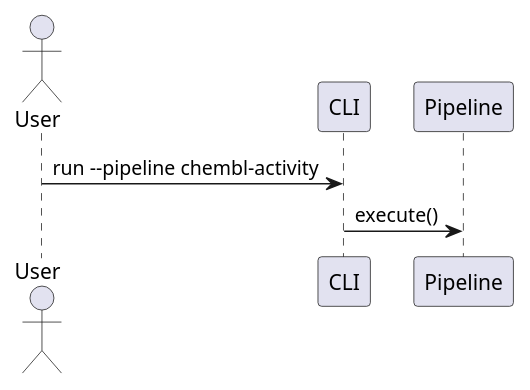
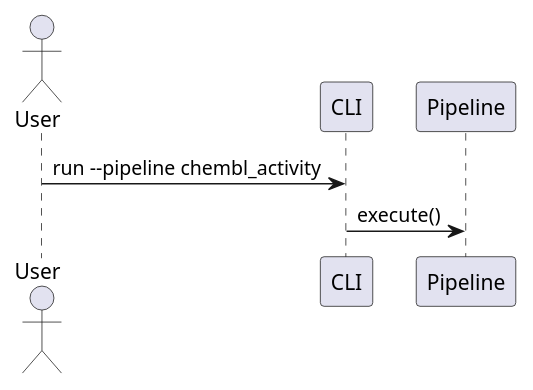
One commit to SatoryKono/BioactivityDataAcquisition changed the second of 4 diagrams in docs/02-architecture/diagrams/00-diagramming-policy.md. Above: the diagram before and after it, drawn with PlantUML. The commit also changed other lines of this file and 69 other files, not shown here.

First line of the commit message:
Normalize pipeline name to chembl_activity

````diff
--- a/docs/02-architecture/diagrams/00-diagramming-policy.md
+++ b/docs/02-architecture/diagrams/00-diagramming-policy.md
@@ -97,9 +97,9 @@
 ```plantuml
 @startuml
 actor User
 participant CLI
 participant Pipeline
-User -> CLI: run --pipeline chembl-activity
+User -> CLI: run --pipeline chembl_activity
 CLI -> Pipeline: execute()
 @enduml
 ```
````
